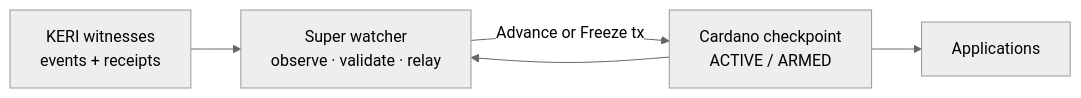
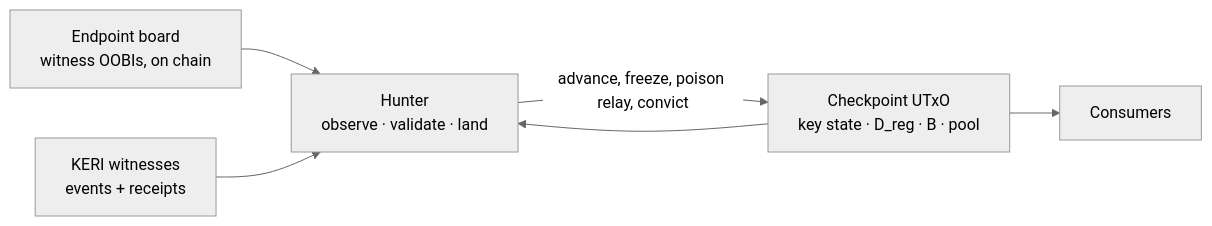
The diagram in docs/design/super-watcher.md (lambdasistemi/cardano-keri), drawn with Mermaid (neutral theme) before and after one commit. The commit also changed other lines of this file and 2 other files, not shown here.

First line of the commit message:
docs(design): the hunter, the trust model and the user journey rewritten

````diff
--- a/docs/design/super-watcher.md
+++ b/docs/design/super-watcher.md
@@ -24,12 +32,14 @@
 ```mermaid
 flowchart LR
     K["KERI witnesses<br/>events + receipts"]
-    W["Super watcher<br/>observe · validate · relay"]
-    C["Cardano checkpoint<br/>ACTIVE / ARMED"]
-    A["Applications"]
+    B["Endpoint board<br/>witness OOBIs, on chain"]
+    W["Hunter<br/>observe · validate · land"]
+    C["Checkpoint UTxO<br/>key state · D_reg · B · pool"]
+    A["Consumers"]
 
+    B --> W
     K --> W
     C --> W
-    W -->|"Advance or Freeze tx"| C
+    W -->|"advance, freeze, poison relay, convict"| C
     C --> A
 ```
````
